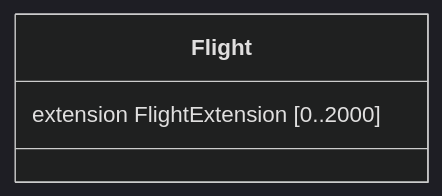
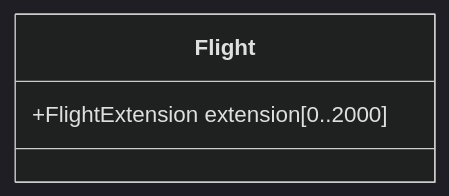
One commit to du-lapin/test_docsify changed the second of 2 diagrams in docs/fixm/FIXM_UML_in_mermaid.md. Above: the diagram before and after it, drawn with Mermaid (dark theme). The commit also changed other lines of this file, not shown here.

````diff
--- a/docs/fixm/FIXM_UML_in_mermaid.md
+++ b/docs/fixm/FIXM_UML_in_mermaid.md
@@ -21,4 +24,4 @@
 ```mermaid
 classDiagram
-Flight : extension FlightExtension [0..2000] 
+Flight : +FlightExtension extension[0..2000]
 ```
````
